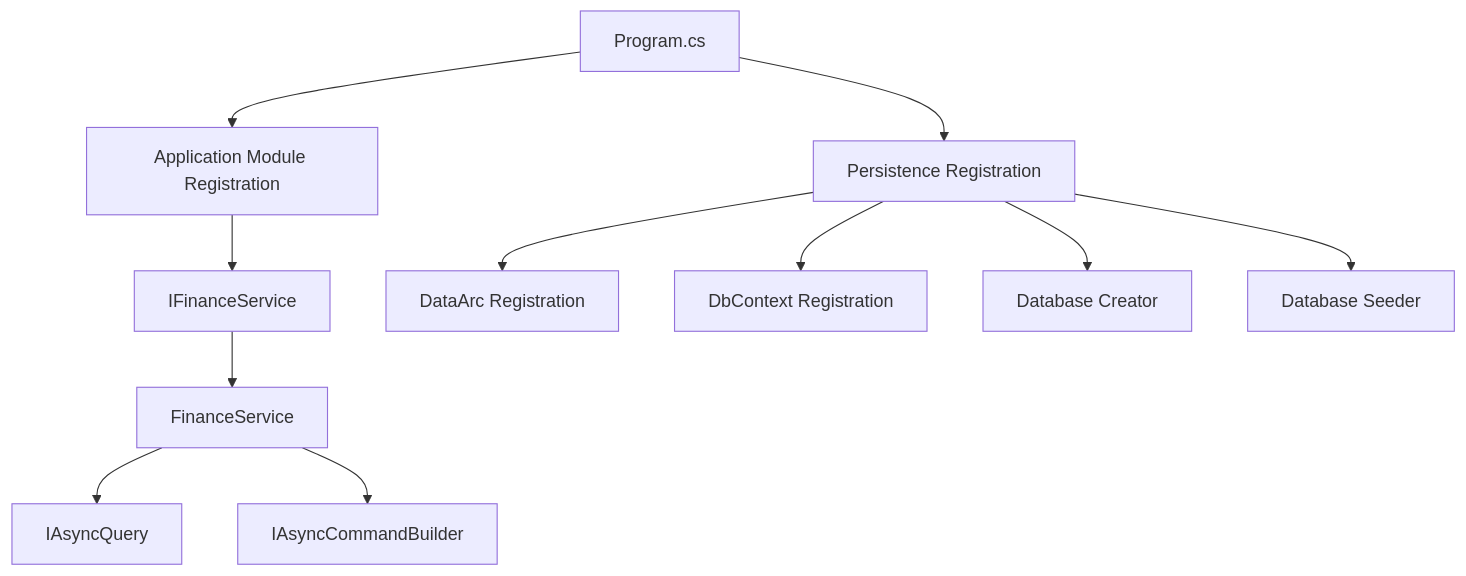
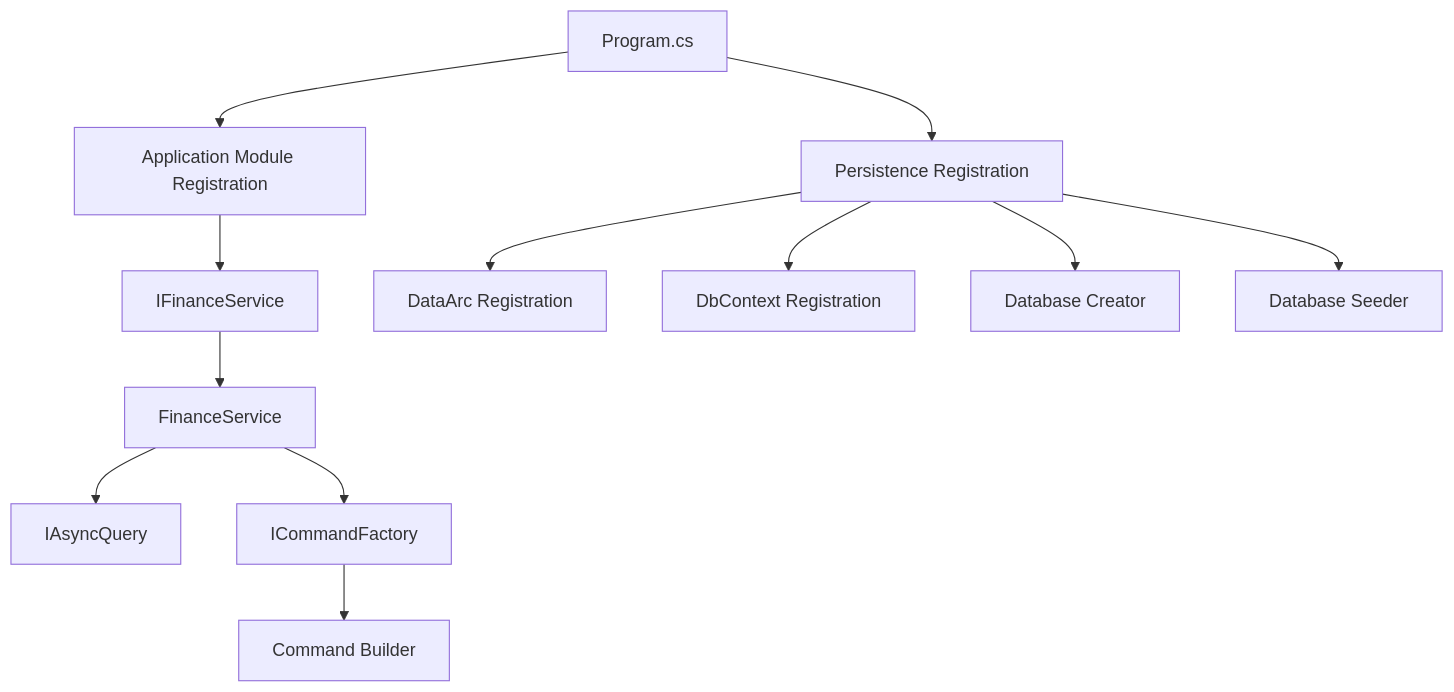
The second of 12 diagrams in README.md (SolidArcSoftware/DataArc.EntityFrameworkCore), drawn with Mermaid before and after one commit. The commit also changed other lines of this file and 4 other files, not shown here.

````diff
--- a/README.md
+++ b/README.md
@@ -114,16 +114,17 @@
 ```mermaid
 flowchart TB
     A[Program.cs] --> B[Application Module Registration]
     A --> C[Persistence Registration]
 
     B --> D[IFinanceService]
     D --> E[FinanceService]
 
     C --> F[DataArc Registration]
     C --> G[DbContext Registration]
     C --> H[Database Creator]
     C --> I[Database Seeder]
 
     E --> J[IAsyncQuery]
-    E --> K[IAsyncCommandBuilder]
+    E --> K[ICommandFactory]
+    K --> L[Command Builder]
 ```
````
